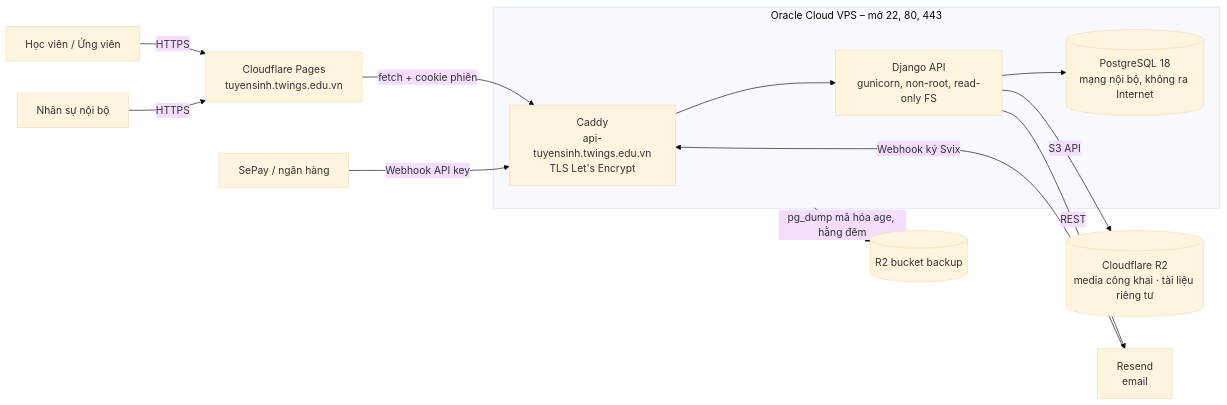
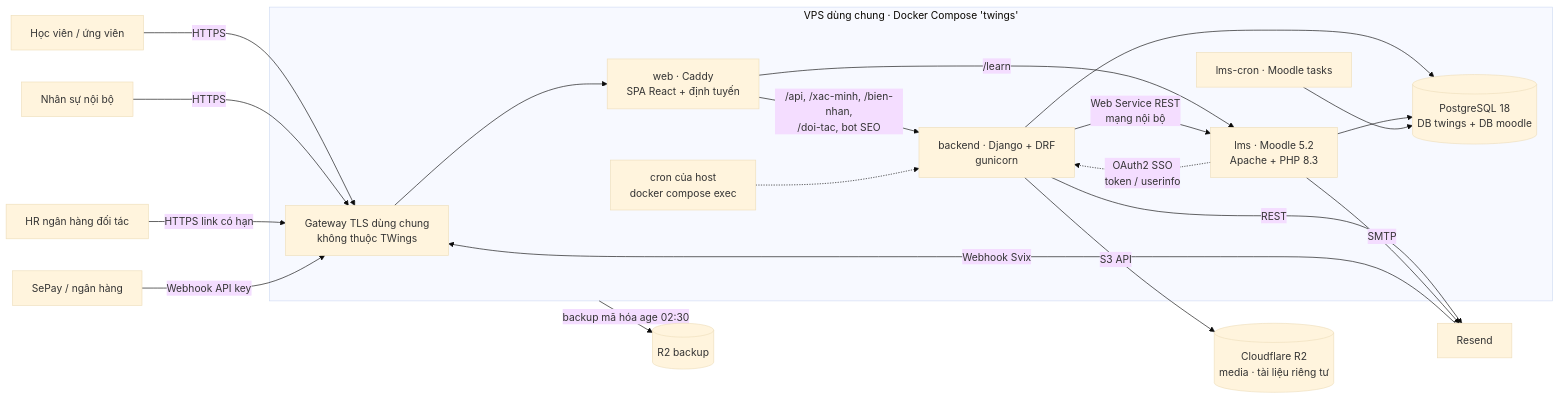
The first of 3 diagrams in docs/ARCHITECTURE.md (peopleflowvn/TWings-Academy), drawn with Mermaid (base theme) before and after one commit. The commit also changed other lines of this file, not shown here.

Commit message:
docs: architecture as built (shared VPS, path routing, Moodle in lms/) and target architecture

````diff
--- a/docs/ARCHITECTURE.md
+++ b/docs/ARCHITECTURE.md
@@ -5,15 +32,23 @@
 ```mermaid
 flowchart LR
-    U[Học viên / Ứng viên] -->|HTTPS| CFP[Cloudflare Pages<br/>tuyensinh.twings.edu.vn]
-    S[Nhân sự nội bộ] -->|HTTPS| CFP
-    CFP -->|fetch + cookie phiên| CD
-    subgraph VPS[Oracle Cloud VPS – mở 22, 80, 443]
-        CD[Caddy<br/>api-tuyensinh.twings.edu.vn<br/>TLS Let's Encrypt] --> API[Django API<br/>gunicorn, non-root, read-only FS]
-        API --> DB[(PostgreSQL 18<br/>mạng nội bộ, không ra Internet)]
+    U[Học viên / ứng viên] -->|HTTPS| GW
+    S[Nhân sự nội bộ] -->|HTTPS| GW
+    HR[HR ngân hàng đối tác] -->|HTTPS link có hạn| GW
+    BANK[SePay / ngân hàng] -->|Webhook API key| GW
+    RS[Resend] -->|Webhook Svix| GW
+    subgraph VPS[VPS dùng chung · Docker Compose 'twings']
+        GW[Gateway TLS dùng chung<br/>không thuộc TWings] --> WEB
+        WEB[web · Caddy<br/>SPA React + định tuyến] -->|/api, /xac-minh, /bien-nhan,<br/>/doi-tac, bot SEO| API
+        WEB -->|/learn| LMS[lms · Moodle 5.2<br/>Apache + PHP 8.3]
+        API[backend · Django + DRF<br/>gunicorn] --> DB[(PostgreSQL 18<br/>DB twings + DB moodle)]
+        LMS --> DB
+        CRON[lms-cron · Moodle tasks] --> DB
+        API -->|Web Service REST<br/>mạng nội bộ| LMS
+        LMS -.->|OAuth2 SSO<br/>token / userinfo| API
+        HOSTCRON[cron của host<br/>docker compose exec] -.-> API
     end
-    API -->|S3 API| R2[(Cloudflare R2<br/>media công khai · tài liệu riêng tư)]
-    API -->|REST| RS[Resend<br/>email]
-    RS -->|Webhook ký Svix| CD
-    BANK[SePay / ngân hàng] -->|Webhook API key| CD
-    VPS -->|pg_dump mã hóa age, hằng đêm| BK[(R2 bucket backup)]
+    API -->|S3 API| R2[(Cloudflare R2<br/>media · tài liệu riêng tư)]
+    API -->|REST| RS
+    LMS -->|SMTP| RS
+    VPS -->|backup mã hóa age 02:30| BK[(R2 backup)]
 ```
````
